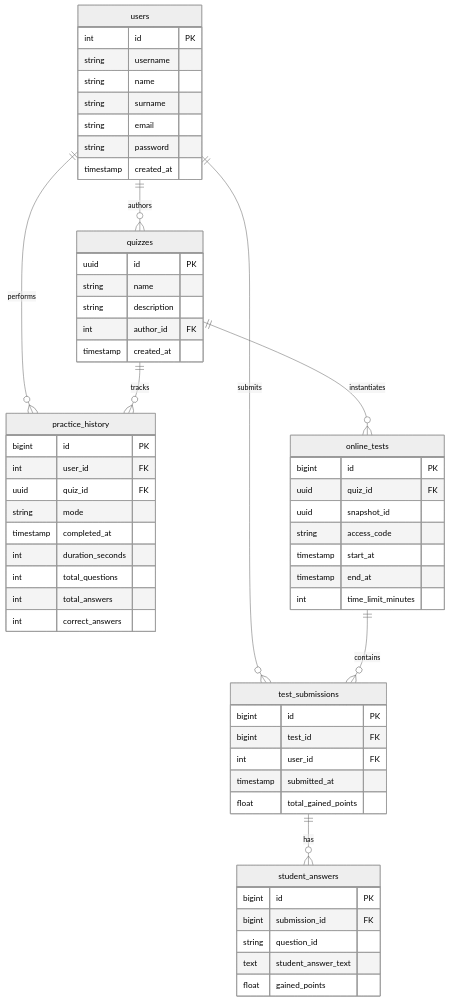
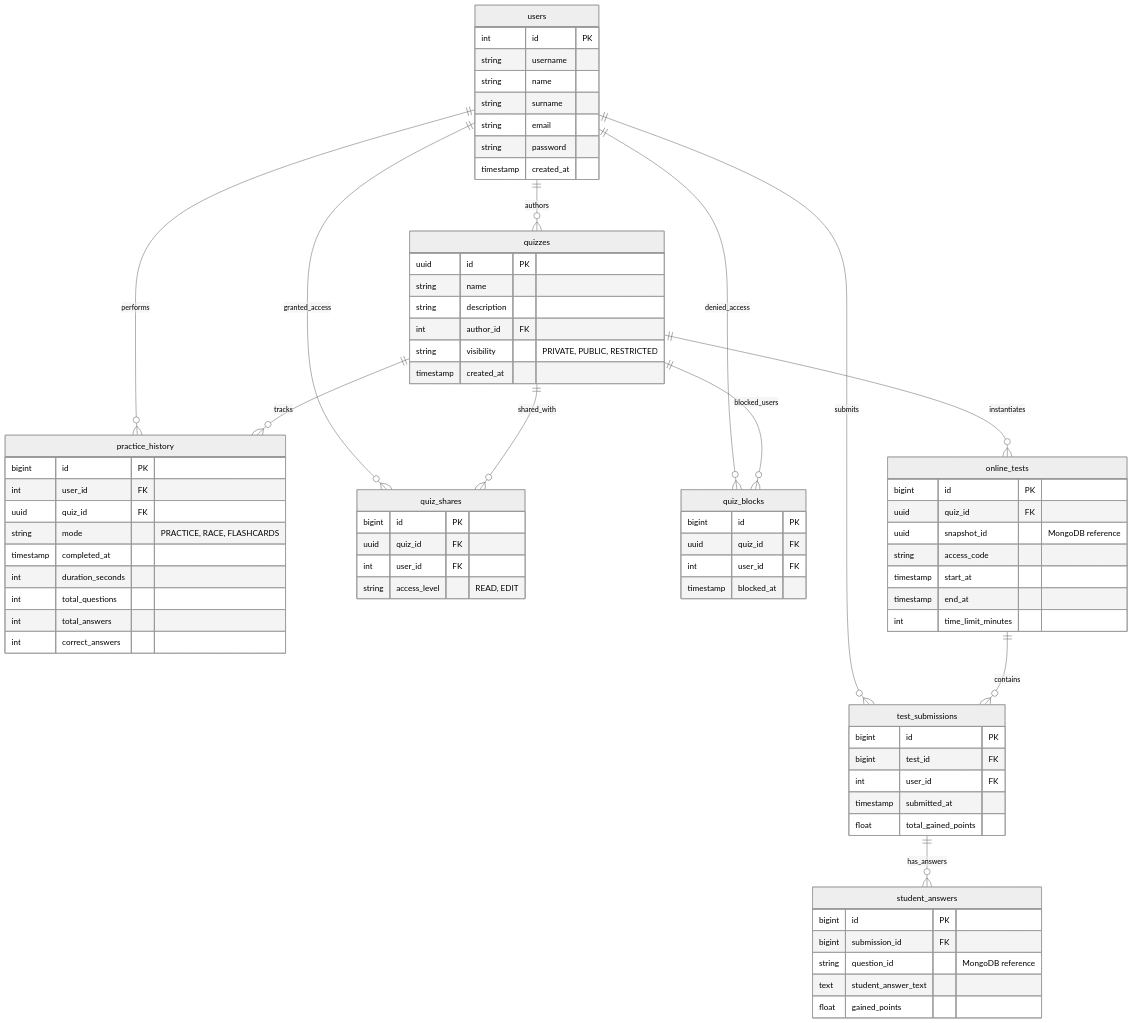
Before and after one commit to azakhardev/Examo: the diagram in README.md, drawn with Mermaid (neutral theme). The commit also changed other lines of this file and 4 other files, not shown here.

````diff
--- a/README.md
+++ b/README.md
@@ -15,63 +17,80 @@
 ```mermaid
 erDiagram
     users ||--o{ quizzes : "authors"
     users ||--o{ test_submissions : "submits"
     users ||--o{ practice_history : "performs"
-    
+    users ||--o{ quiz_shares : "granted_access"
+    users ||--o{ quiz_blocks : "denied_access"
+
     quizzes ||--o{ online_tests : "instantiates"
     quizzes ||--o{ practice_history : "tracks"
-    
+    quizzes ||--o{ quiz_shares : "shared_with"
+    quizzes ||--o{ quiz_blocks : "blocked_users"
+
     online_tests ||--o{ test_submissions : "contains"
-    test_submissions ||--o{ student_answers : "has"
+    test_submissions ||--o{ student_answers : "has_answers"
 
     users {
         int id PK
         string username
         string name
         string surname
         string email
         string password
         timestamp created_at
     }
     quizzes {
         uuid id PK
         string name
         string description
         int author_id FK
+        string visibility "PRIVATE, PUBLIC, RESTRICTED"
         timestamp created_at
+    }
+    quiz_shares {
+        bigint id PK
+        uuid quiz_id FK
+        int user_id FK
+        string access_level "READ, EDIT"
+    }
+    quiz_blocks {
+        bigint id PK
+        uuid quiz_id FK
+        int user_id FK
+        timestamp blocked_at
     }
     online_tests {
         bigint id PK
         uuid quiz_id FK
-        uuid snapshot_id
+        uuid snapshot_id "MongoDB reference"
         string access_code
         timestamp start_at
         timestamp end_at
         int time_limit_minutes
     }
     test_submissions {
         bigint id PK
         bigint test_id FK
         int user_id FK
         timestamp submitted_at
         float total_gained_points
     }
     student_answers {
         bigint id PK
         bigint submission_id FK
-        string question_id
+        string question_id "MongoDB reference"
         text student_answer_text
         float gained_points
     }
     practice_history {
         bigint id PK
         int user_id FK
         uuid quiz_id FK
-        string mode
+        string mode "PRACTICE, RACE, FLASHCARDS"
         timestamp completed_at
         int duration_seconds
         int total_questions
         int total_answers
         int correct_answers
     }
 ```
````
